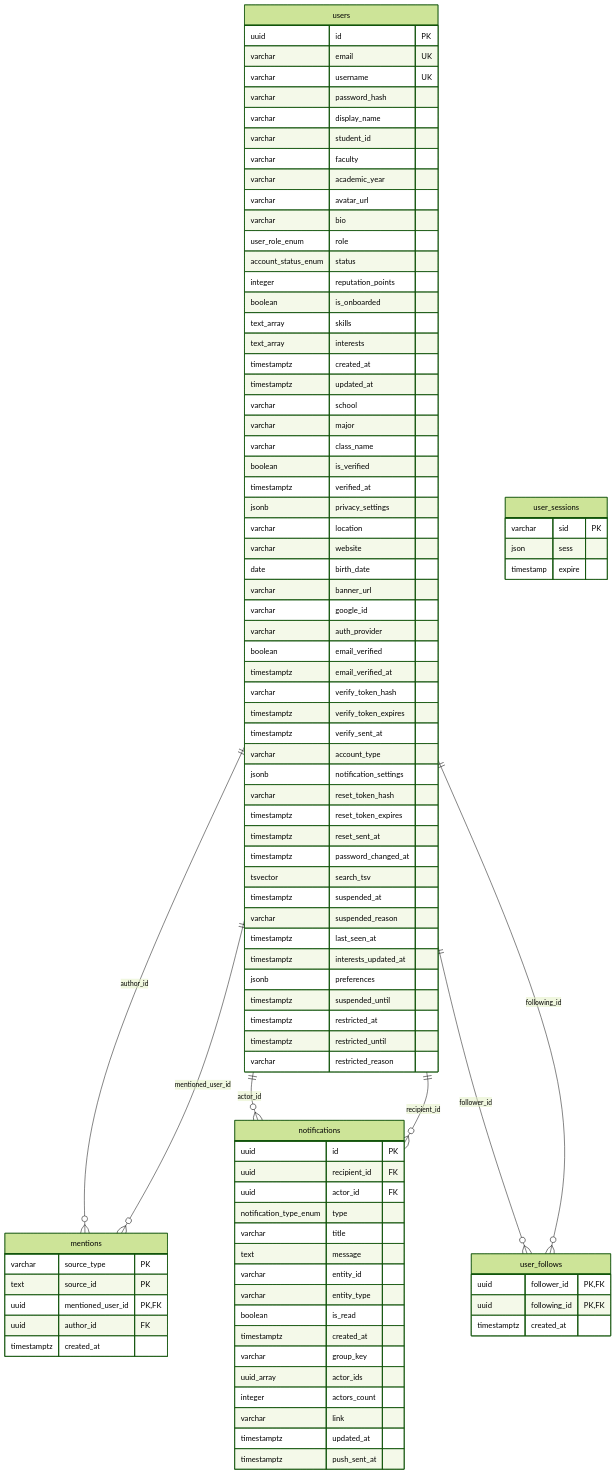
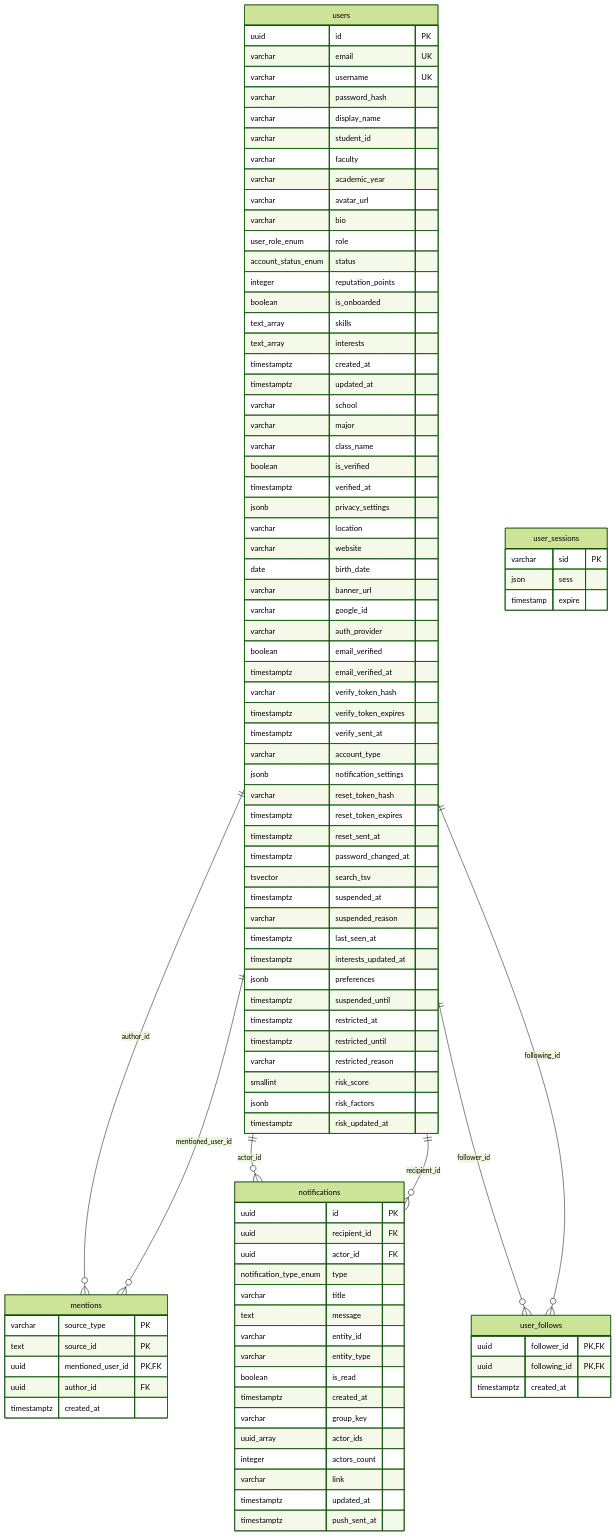
Before and after one commit to nhatcoi/pu-connect: the second of 7 diagrams in docs/diagrams/04-erd.md, drawn with Mermaid (forest theme). The commit also changed other lines of this file and 3 other files, not shown here.

Commit message:
docs(admin): security log, risk score, saved views, deployment, ERD

```diff
--- a/docs/diagrams/04-erd.md
+++ b/docs/diagrams/04-erd.md
@@ -151,6 +153,9 @@
     timestamptz restricted_at
     timestamptz restricted_until
     varchar restricted_reason
+    smallint risk_score
+    jsonb risk_factors
+    timestamptz risk_updated_at
   }
   user_follows {
     uuid follower_id PK,FK
```
